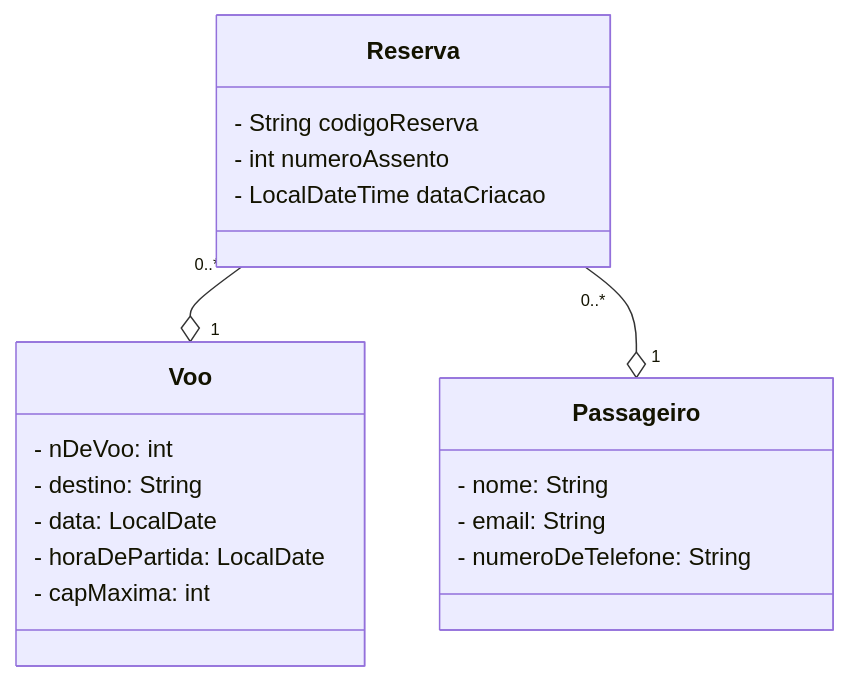
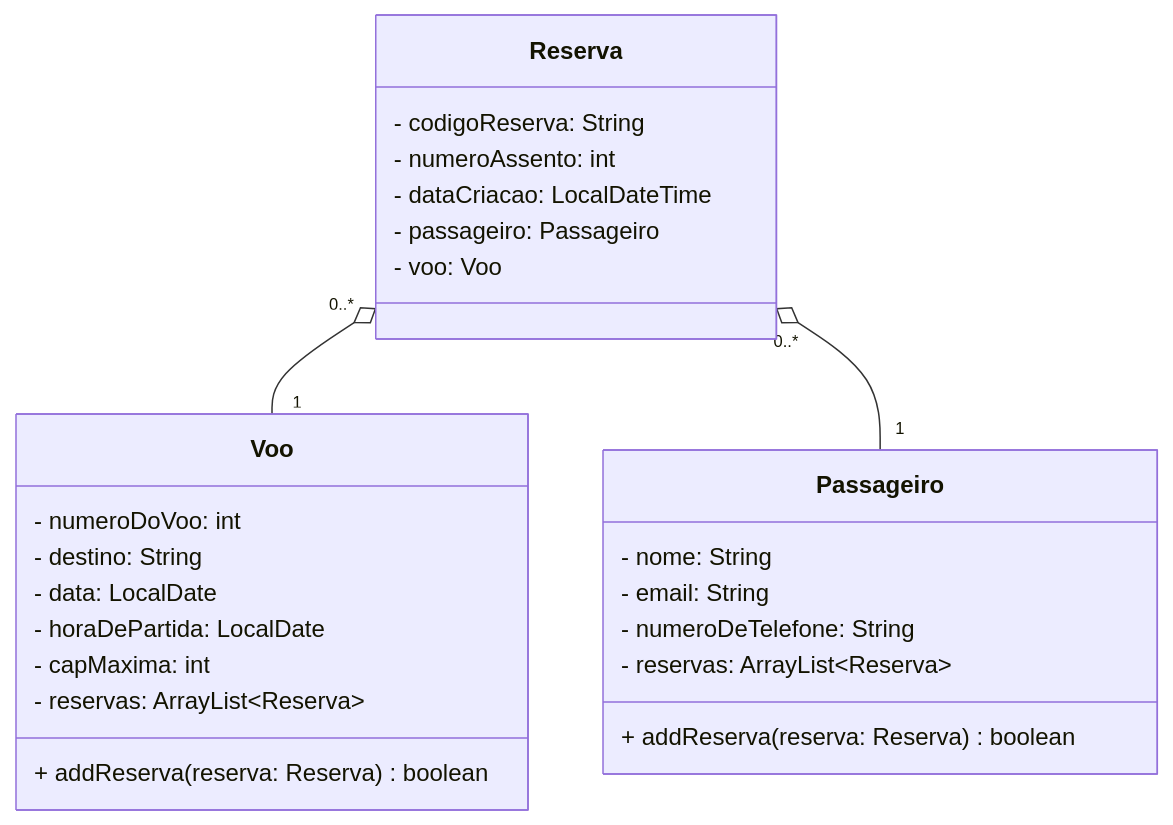
One commit to hiagosantos60/POO changed the diagram in lab05/ex04/README.MD. Above: the diagram before and after it, drawn with Mermaid. The commit also changed 3 other files, not shown here.

````diff
--- a/lab05/ex04/README.MD
+++ b/lab05/ex04/README.MD
@@ -4,27 +4,33 @@
 ``` mermaid
 classDiagram
 
     class Voo {
-        - nDeVoo: int
+        - numeroDoVoo: int
         - destino: String
         - data: LocalDate
         - horaDePartida: LocalDate
         - capMaxima: int
+        - reservas: ArrayList~Reserva~
+        + addReserva(reserva: Reserva) boolean
     }
 
     class Passageiro {
         - nome: String
         - email: String
         - numeroDeTelefone: String
+        - reservas: ArrayList~Reserva~
+        + addReserva(reserva: Reserva) boolean
     }
 
     class Reserva {
-        - String codigoReserva
-        - int numeroAssento
-        - LocalDateTime dataCriacao
+        - codigoReserva: String
+        - numeroAssento: int
+        - dataCriacao: LocalDateTime
+        - passageiro: Passageiro
+        - voo: Voo
     }
 
-    Reserva "0..*" --o "1" Voo 
-    Reserva "0..*" --o "1" Passageiro
+    Reserva "0..*" o-- "1" Voo 
+    Reserva "0..*" o-- "1" Passageiro
 
 ``` 
````
